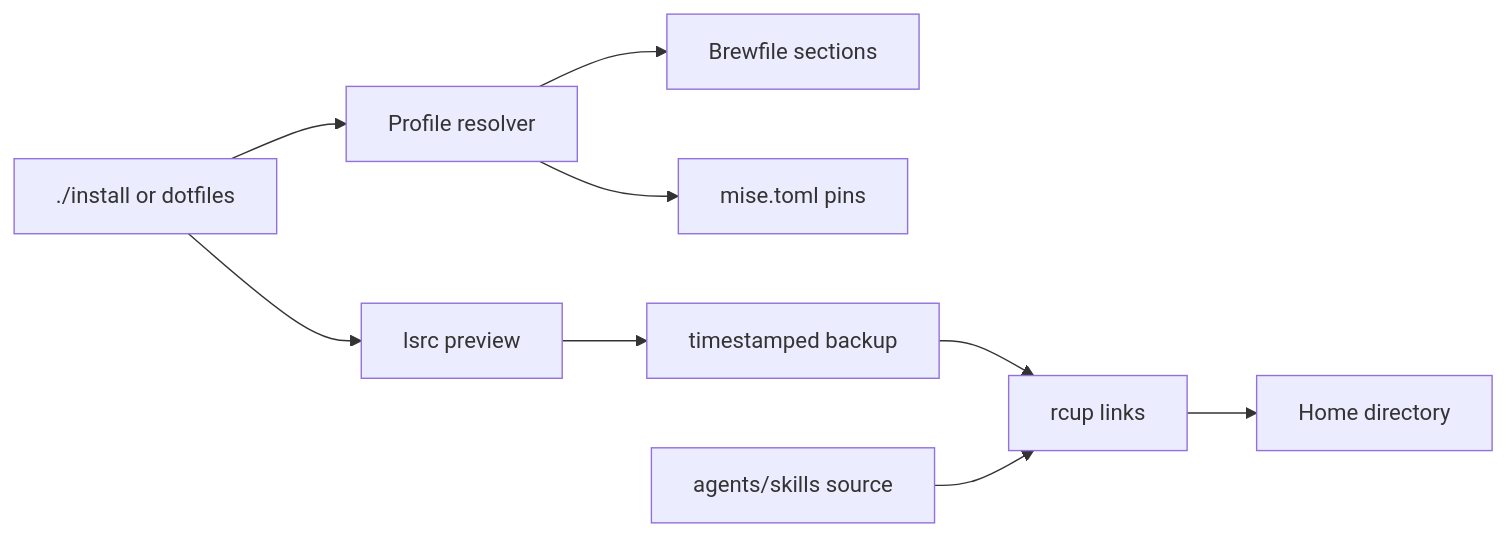
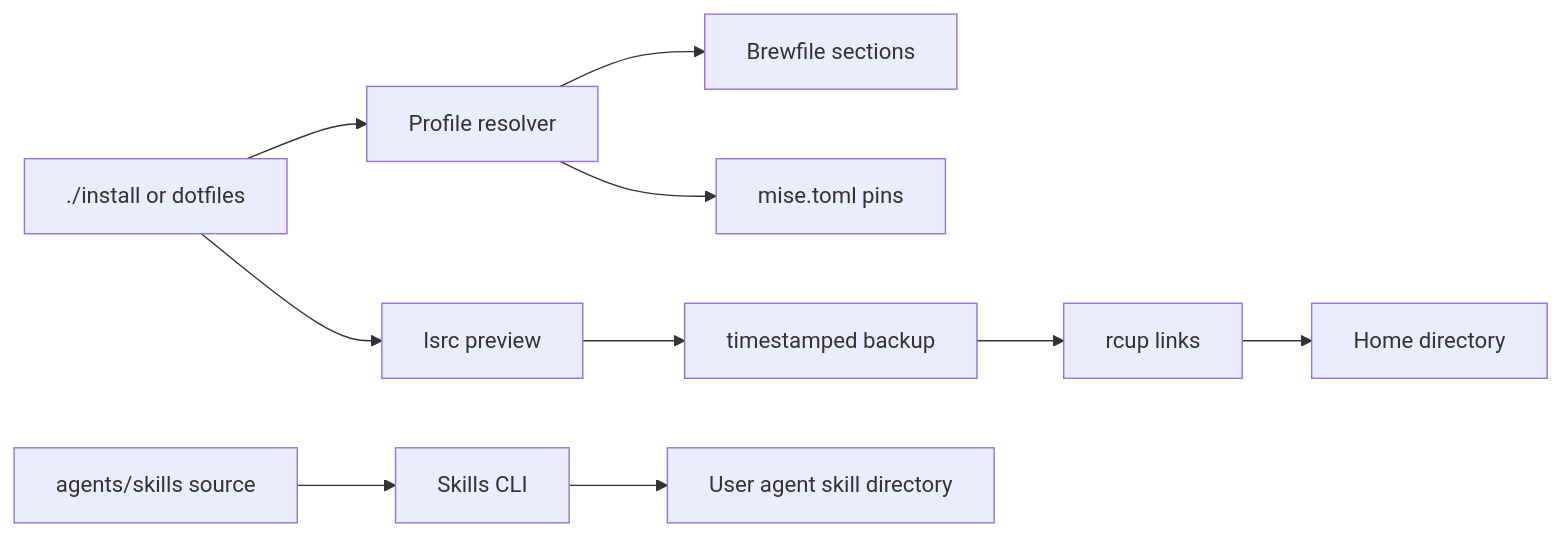
One commit to sajjadmurtaza/dotfiles changed the diagram in docs/architecture.md. Above: the diagram before and after it, drawn with Mermaid. The commit also changed other lines of this file and 25 other files, not shown here.

````diff
--- a/docs/architecture.md
+++ b/docs/architecture.md
@@ -5,11 +5,12 @@
 ```mermaid
 flowchart LR
   CLI["./install or dotfiles"] --> Profiles["Profile resolver"]
   Profiles --> Brewfile["Brewfile sections"]
   Profiles --> Mise["mise.toml pins"]
   CLI --> Preview["lsrc preview"]
   Preview --> Backup["timestamped backup"]
   Backup --> Rcm["rcup links"]
   Rcm --> Home["Home directory"]
-  Skills["agents/skills source"] --> Rcm
+  Skills["agents/skills source"] --> SkillsCLI["Skills CLI"]
+  SkillsCLI --> UserSkills["User agent skill directory"]
 ```
````
